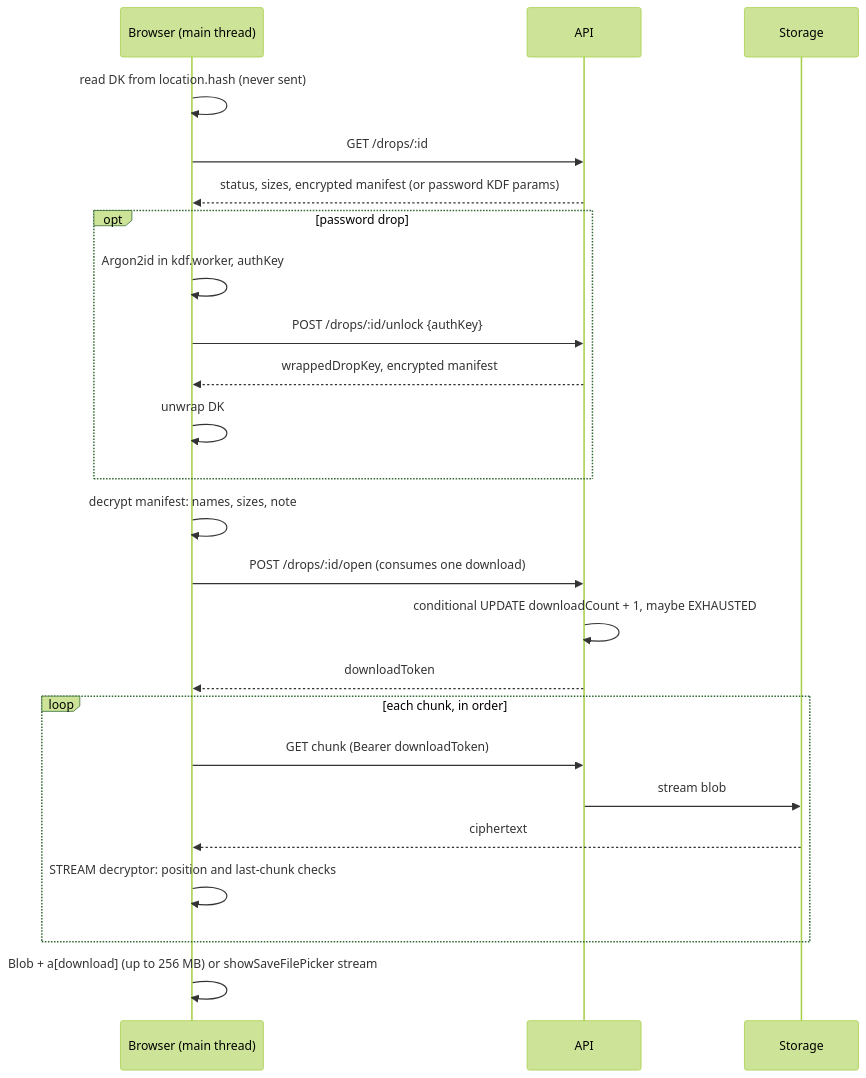
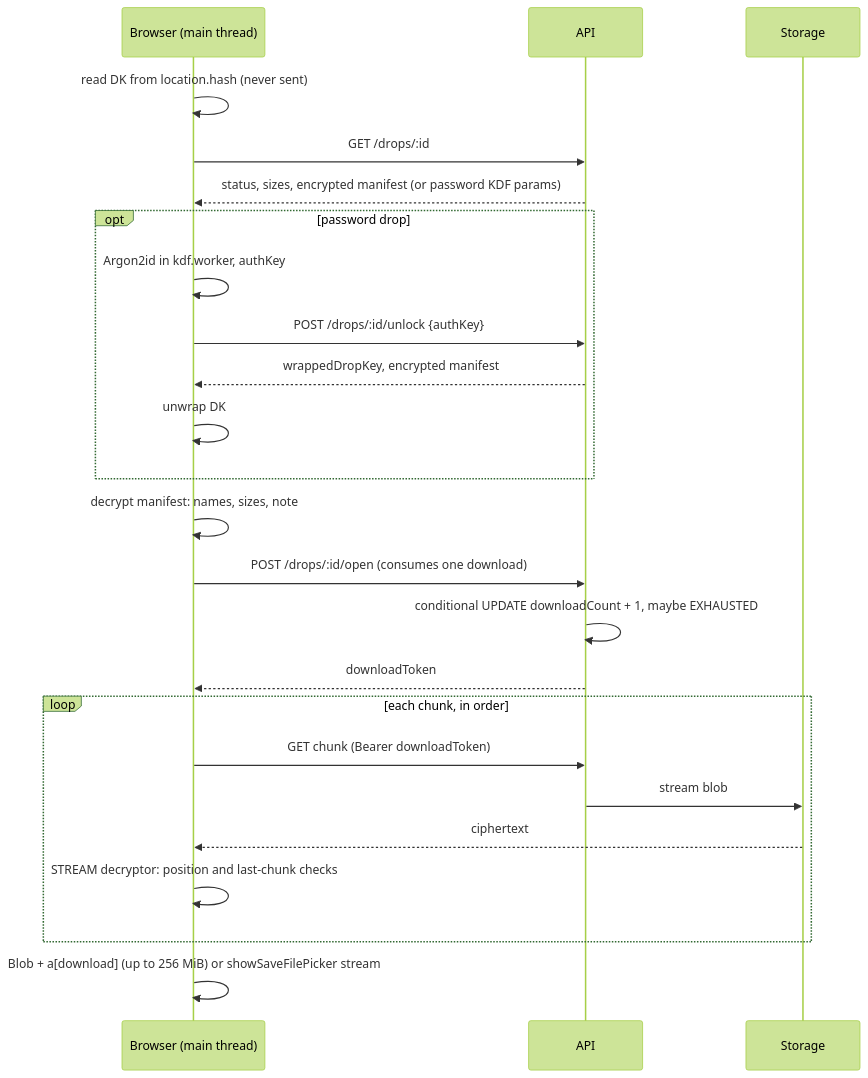
The fourth of 7 diagrams in docs/ARCHITECTURE.md (exotic-Siddharth/cipherdrop), drawn with Mermaid (forest theme) before and after one commit. The commit also changed other lines of this file and 7 other files, not shown here.

````diff
--- a/docs/ARCHITECTURE.md
+++ b/docs/ARCHITECTURE.md
@@ -110,26 +110,26 @@
 ```mermaid
 sequenceDiagram
   participant B as Browser (main thread)
   participant A as API
   participant S as Storage
   B->>B: read DK from location.hash (never sent)
   B->>A: GET /drops/:id
   A-->>B: status, sizes, encrypted manifest (or password KDF params)
   opt password drop
     B->>B: Argon2id in kdf.worker, authKey
     B->>A: POST /drops/:id/unlock {authKey}
     A-->>B: wrappedDropKey, encrypted manifest
     B->>B: unwrap DK
   end
   B->>B: decrypt manifest: names, sizes, note
   B->>A: POST /drops/:id/open (consumes one download)
   A->>A: conditional UPDATE downloadCount + 1, maybe EXHAUSTED
   A-->>B: downloadToken
   loop each chunk, in order
     B->>A: GET chunk (Bearer downloadToken)
     A->>S: stream blob
     S-->>B: ciphertext
     B->>B: STREAM decryptor: position and last-chunk checks
   end
-  B->>B: Blob + a[download] (up to 256 MB) or showSaveFilePicker stream
+  B->>B: Blob + a[download] (up to 256 MiB) or showSaveFilePicker stream
 ```
````
